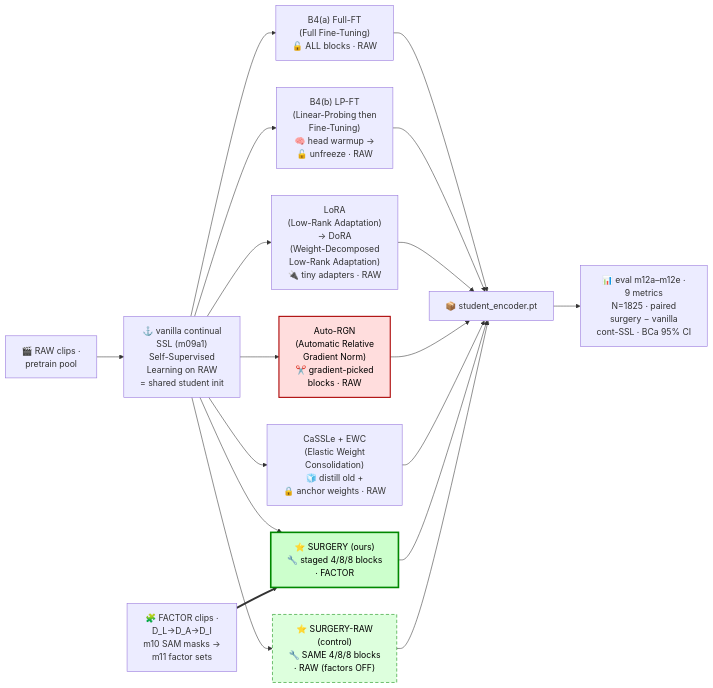
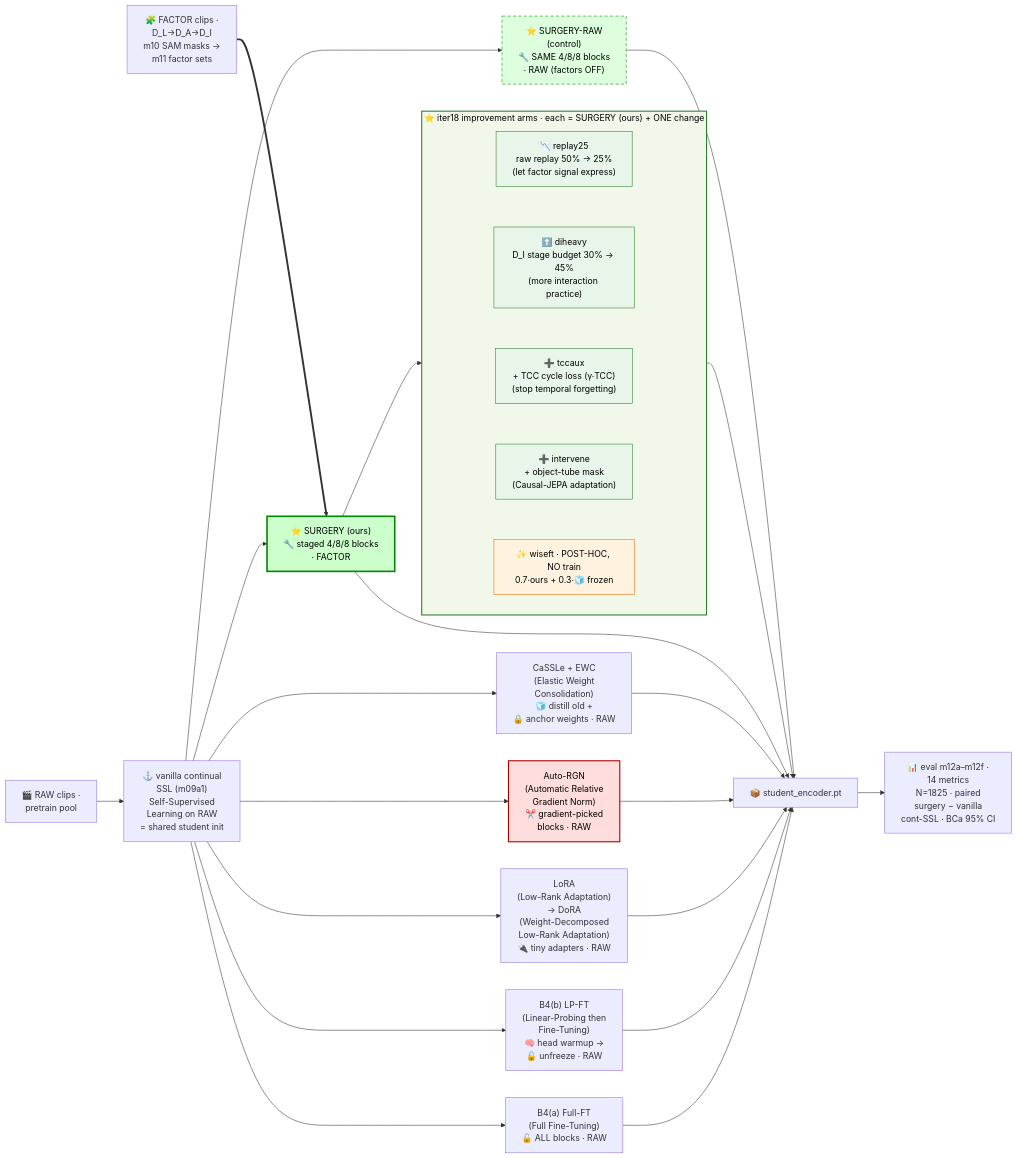
Diagram 12 of 13 in iter/utils/high_level_mermaid_SD.md (kapilw25/LLM_asAgent_3D_SR), drawn with Mermaid before and after one commit. The commit also changed other lines of this file and 13 other files, not shown here.

````diff
--- a/iter/utils/high_level_mermaid_SD.md
+++ b/iter/utils/high_level_mermaid_SD.md
@@ -421,30 +422,48 @@
 ```mermaid
 flowchart LR
     RAW["🎬 RAW clips ·<br>pretrain pool"]
     FAC["🧩 FACTOR clips ·<br>D_L→D_A→D_I<br>m10 SAM masks →<br>m11 factor sets"]
     INIT["⚓ vanilla continual<br>SSL (m09a1)<br>Self-Supervised<br>Learning on RAW<br>= shared student init"]
     RAW --> INIT
 
     INIT --> B4F["B4(a) Full-FT<br>(Full Fine-Tuning)<br>🔓 ALL blocks · RAW"]
     INIT --> B4L["B4(b) LP-FT<br>(Linear-Probing then<br>Fine-Tuning)<br>🧠 head warmup →<br>🔓 unfreeze · RAW"]
     INIT --> B1["LoRA<br>(Low-Rank Adaptation)<br>→ DoRA<br>(Weight-Decomposed<br>Low-Rank Adaptation)<br>🔌 tiny adapters · RAW"]
     INIT --> B2["Auto-RGN<br>(Automatic Relative<br>Gradient Norm)<br>✂️ gradient-picked<br>blocks · RAW"]
     INIT --> B3["CaSSLe + EWC<br>(Elastic Weight<br>Consolidation)<br>🧊 distill old +<br>🔒 anchor weights · RAW"]
     INIT --> SURG["⭐ SURGERY (ours)<br>🔧 staged 4/8/8 blocks<br>· FACTOR"]
     INIT --> SURGR["⭐ SURGERY-RAW<br>(control)<br>🔧 SAME 4/8/8 blocks<br>· RAW (factors OFF)"]
 
     FAC ==> SURG
 
+    SURG --> IMP18
+    subgraph IMP18["⭐ iter18 improvement arms · each = SURGERY (ours) + ONE change"]
+        direction TB
+        V1["📉 replay25<br>raw replay 50% → 25%<br>(let factor signal express)"]
+        V2["⬆️ diheavy<br>D_I stage budget 30% → 45%<br>(more interaction practice)"]
+        V3["➕ tccaux<br>+ TCC cycle loss (γ·TCC)<br>(stop temporal forgetting)"]
+        V4["➕ intervene<br>+ object-tube mask<br>(Causal-JEPA adaptation)"]
+        V5["✨ wiseft · POST-HOC, NO train<br>0.7·ours + 0.3·🧊 frozen"]
+        V1 ~~~ V2 ~~~ V3 ~~~ V4 ~~~ V5
+    end
+
     B4F --> EXP["📦 student_encoder.pt"]
     B4L --> EXP
     B1 --> EXP
     B2 --> EXP
     B3 --> EXP
     SURG --> EXP
     SURGR --> EXP
-    EXP --> EVAL["📊 eval m12a–m12e ·<br>9 metrics<br>N=1825 · paired<br>surgery − vanilla<br>cont-SSL · BCa 95% CI"]
+    IMP18 --> EXP
+    EXP --> EVAL["📊 eval m12a–m12f ·<br>14 metrics<br>N=1825 · paired<br>surgery − vanilla<br>cont-SSL · BCa 95% CI"]
 
     style SURG fill:#cfc,stroke:#080,stroke-width:3px,color:#000
     style SURGR fill:#dfd,stroke:#080,stroke-dasharray:6 4,color:#000
     style B2 fill:#fdd,stroke:#a00,stroke-width:2px,color:#000
+    style IMP18 fill:#f1f8e9,stroke:#2e7d32,stroke-width:2px,color:#000
+    style V1 fill:#e8f5e9,stroke:#2e7d32,color:#000
+    style V2 fill:#e8f5e9,stroke:#2e7d32,color:#000
+    style V3 fill:#e8f5e9,stroke:#2e7d32,color:#000
+    style V4 fill:#e8f5e9,stroke:#2e7d32,color:#000
+    style V5 fill:#fff3e0,stroke:#ef6c00,color:#000
 ```
````
